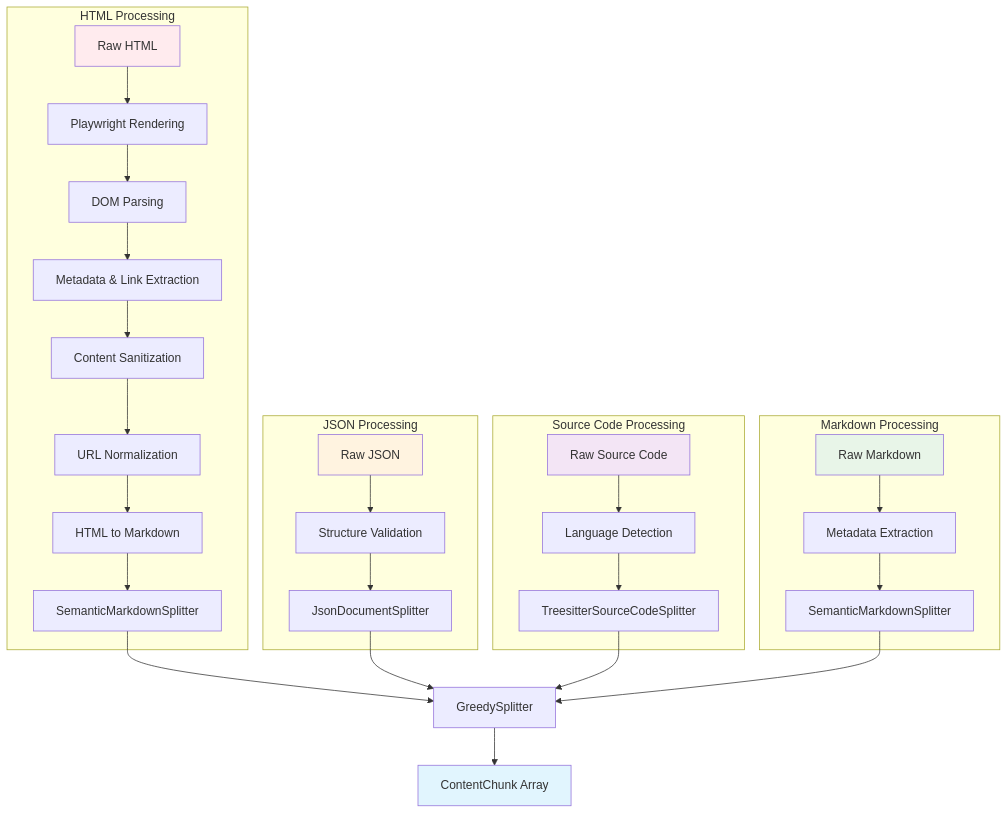
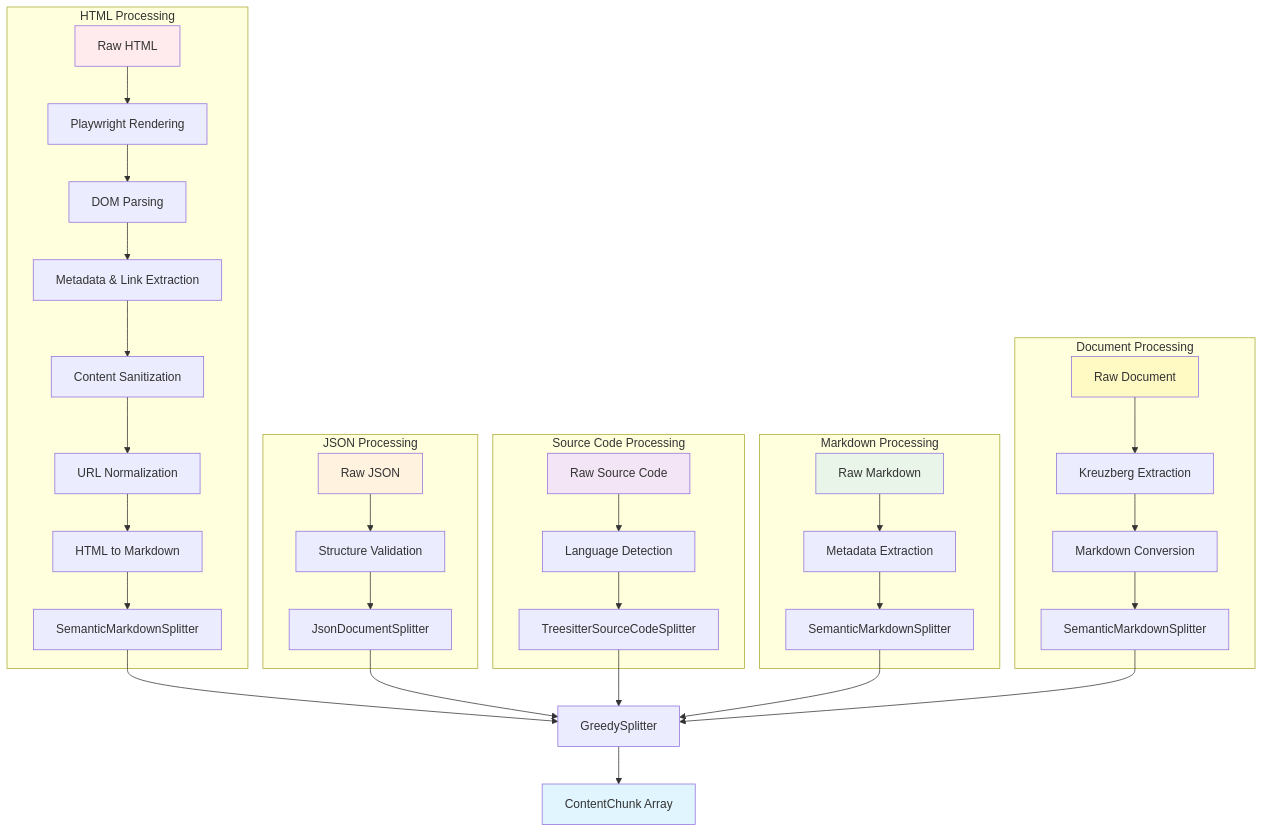
One commit to arabold/docs-mcp-server changed the third of 3 diagrams in docs/concepts/content-processing.md. Above: the diagram before and after it, drawn with Mermaid. The commit also changed other lines of this file and 21 other files, not shown here.

First line of the commit message:
feat(scraper): replace markitdown-ts with kreuzberg for document parsing

````diff
--- a/docs/concepts/content-processing.md
+++ b/docs/concepts/content-processing.md
@@ -216,39 +220,47 @@
 ```mermaid
 graph TD
     subgraph "HTML Processing"
         A1[Raw HTML] --> B1[Playwright Rendering]
         B1 --> C1[DOM Parsing]
         C1 --> D1[Metadata & Link Extraction]
         D1 --> E1[Content Sanitization]
         E1 --> F1[URL Normalization]
         F1 --> G1[HTML to Markdown]
         G1 --> H1[SemanticMarkdownSplitter]
     end
 
     subgraph "JSON Processing"
         A2[Raw JSON] --> B2[Structure Validation]
         B2 --> C2[JsonDocumentSplitter]
     end
 
     subgraph "Source Code Processing"
         A3[Raw Source Code] --> B3[Language Detection]
         B3 --> C3[TreesitterSourceCodeSplitter]
     end
 
     subgraph "Markdown Processing"
         A4[Raw Markdown] --> B4[Metadata Extraction]
         B4 --> C4[SemanticMarkdownSplitter]
     end
 
+    subgraph "Document Processing"
+        A5[Raw Document] --> B5[Kreuzberg Extraction]
+        B5 --> C5[Markdown Conversion]
+        C5 --> D5[SemanticMarkdownSplitter]
+    end
+
     H1 --> G[GreedySplitter]
     C2 --> G
     C3 --> G
     C4 --> G
+    D5 --> G
     G --> H[ContentChunk Array]
 
     style A1 fill:#ffebee
     style A2 fill:#fff3e0
     style A3 fill:#f3e5f5
     style A4 fill:#e8f5e8
+    style A5 fill:#fff9c4
     style H fill:#e1f5fe
 ```
````
